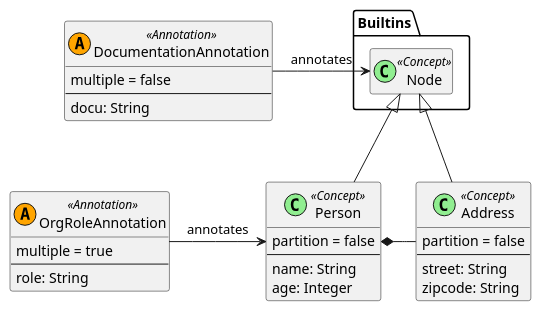
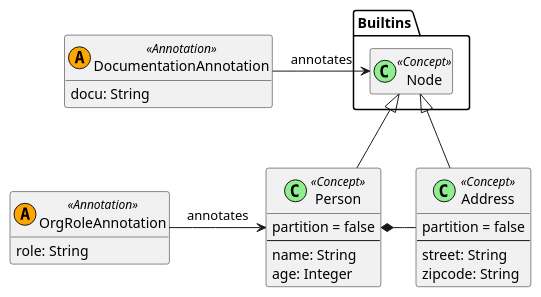
Before and after one commit to LionWeb-io/specification: the first of 4 diagrams in metametamodel/metametamodel.adoc, drawn with PlantUML. The commit also changed other lines of this file and 2 other files, not shown here.

First line of the commit message:
removed Annotation.multiple flag

```diff
--- a/metametamodel/metametamodel.adoc
+++ b/metametamodel/metametamodel.adoc
@@ -190,40 +188,36 @@
 [plantuml, valid-annotation, svg]
 ----
 hide empty members
 
 annotation DocumentationAnnotation <<A, orange>><<Annotation>> {
-  multiple = false
-  --
   docu: String
 }
 
 DocumentationAnnotation -> Builtins.Node: annotates
 
 annotation OrgRoleAnnotation <<A, orange>><<Annotation>> {
-  multiple = true
-  --
   role: String
 }
 
 OrgRoleAnnotation -> Person: annotates
 
 package Builtins {
   class Node <<C, lightgreen>><<Concept>>
 }
 
 class Person <<C, lightgreen>><<Concept>> extends Builtins.Node {
   partition = false
   --
   name: String
   age: Integer
 }
 
 Person *- Address
 
 class Address <<C, lightgreen>><<Concept>> extends Builtins.Node {
   partition = false
   --
   street: String
   zipcode: String
 }
 ----
```
